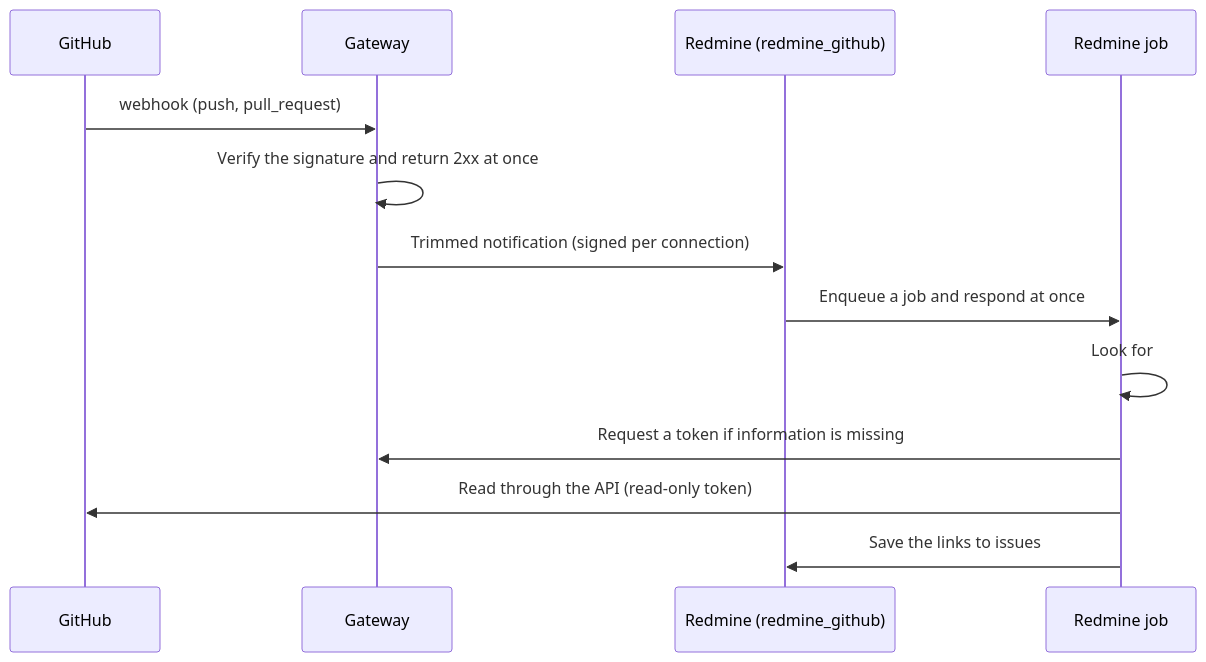
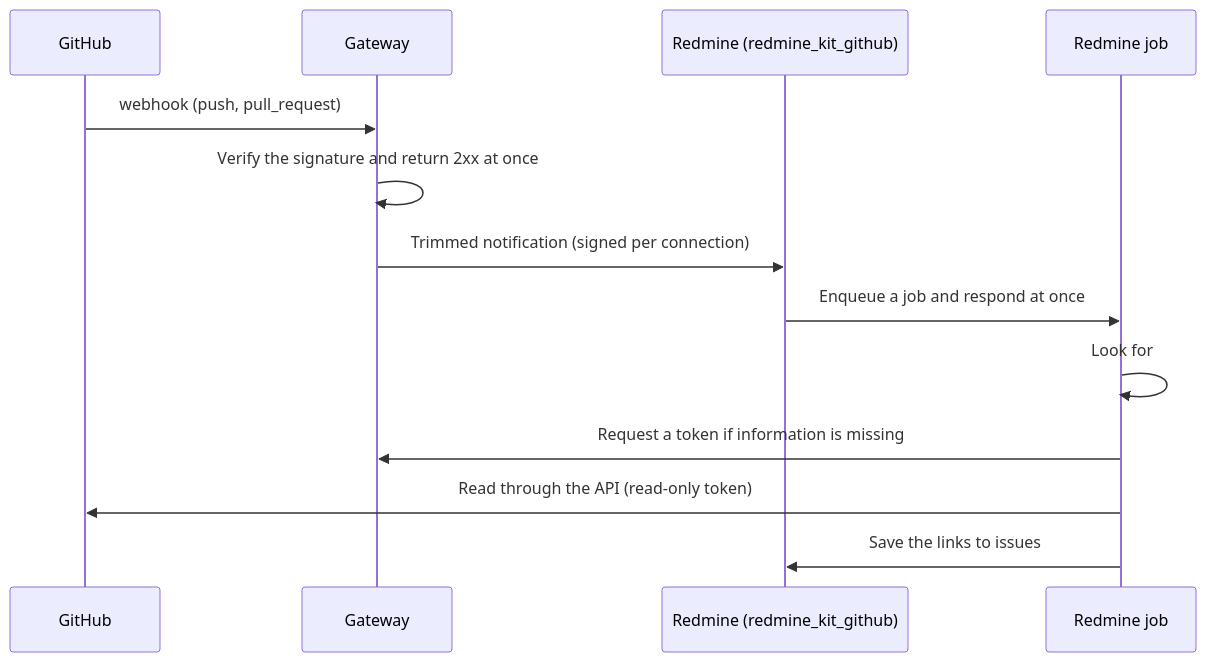
The second of 2 diagrams in docs/design.md (redmine-kit/redmine_github), drawn with Mermaid before and after one commit. The commit also changed other lines of this file and 6 other files, not shown here.

First line of the commit message:
Name the plugin redmine_kit_github

````diff
--- a/docs/design.md
+++ b/docs/design.md
@@ -70,15 +70,15 @@
 ```mermaid
 sequenceDiagram
   participant G as GitHub
   participant W as Gateway
-  participant R as Redmine (redmine_github)
+  participant R as Redmine (redmine_kit_github)
   participant J as Redmine job
   G->>W: webhook (push, pull_request)
   W->>W: Verify the signature and return 2xx at once
   W->>R: Trimmed notification (signed per connection)
   R->>J: Enqueue a job and respond at once
   J->>J: Look for #123 in commit messages and pull request titles and bodies
   J->>W: Request a token if information is missing
   J->>G: Read through the API (read-only token)
   J->>R: Save the links to issues
 ```
````
